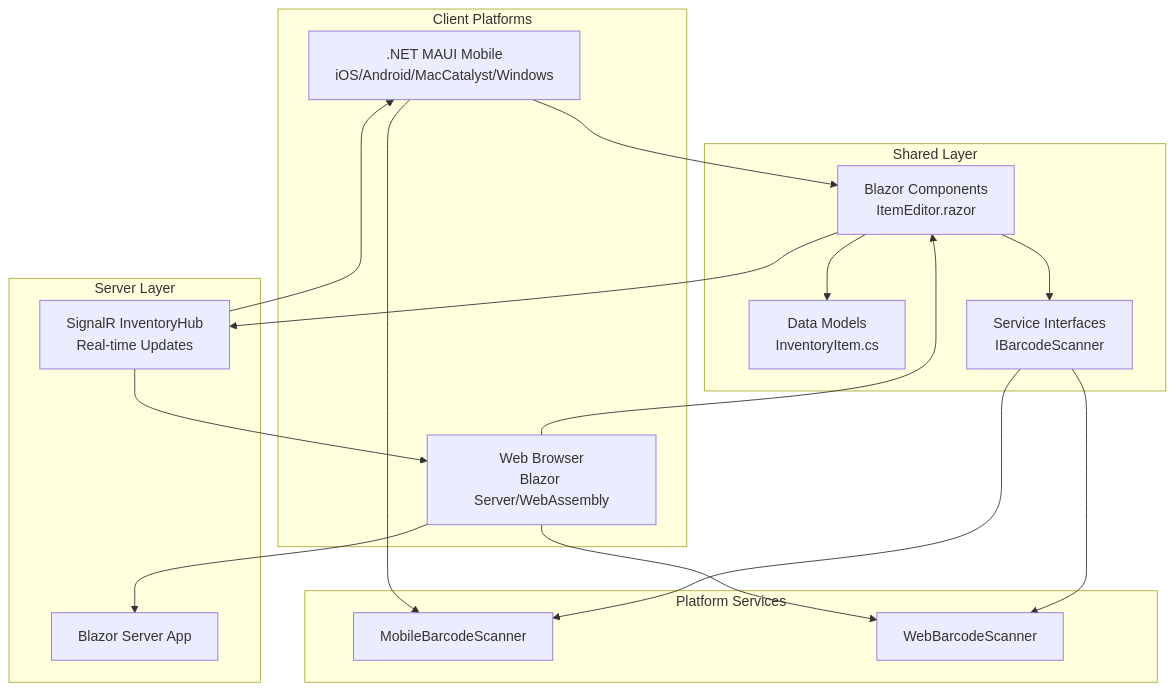
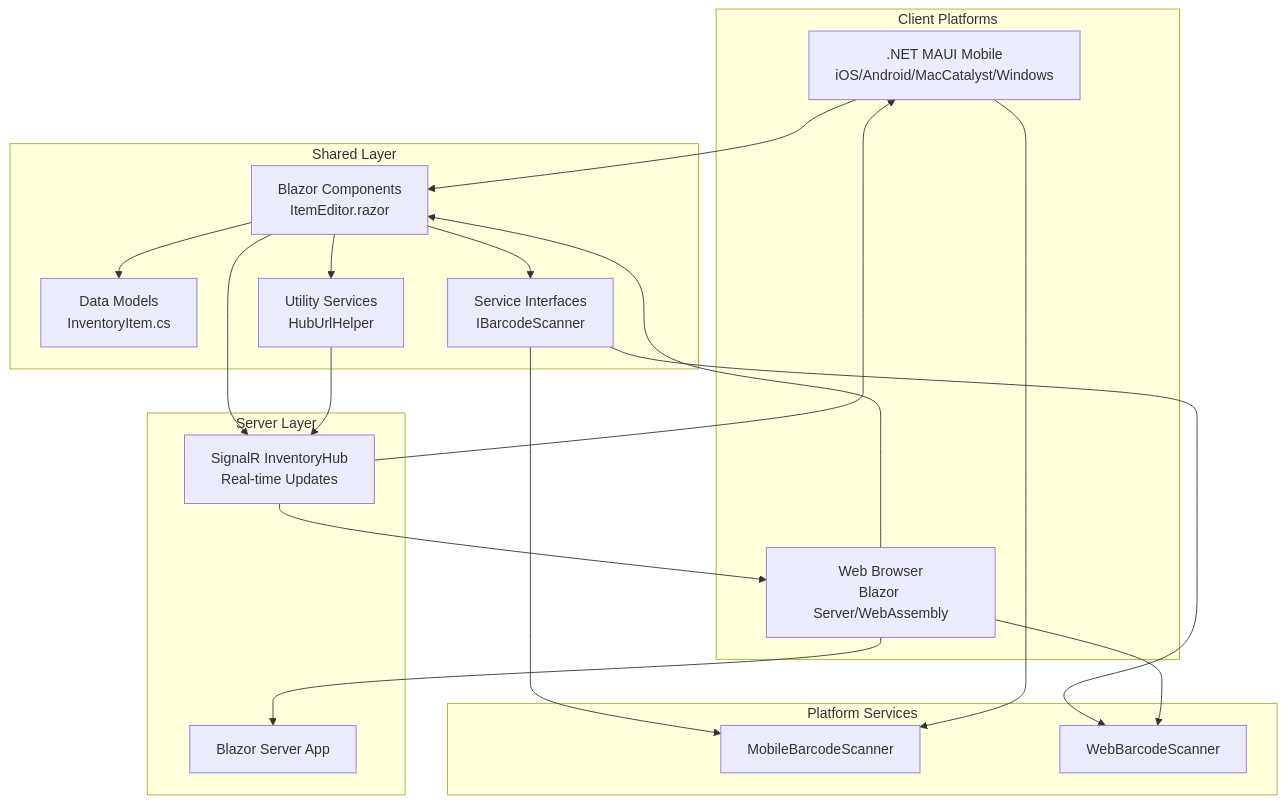
The diagram in README.md (MaiQD/smartwarehouse), drawn with Mermaid before and after one commit. The commit also changed other lines of this file and 4 other files, not shown here.

````diff
--- a/README.md
+++ b/README.md
@@ -62,36 +71,39 @@
 ```mermaid
 graph TB
     subgraph Clients["Client Platforms"]
         Mobile[".NET MAUI Mobile<br/>iOS/Android/MacCatalyst/Windows"]
         Web["Web Browser<br/>Blazor Server/WebAssembly"]
     end
     
     subgraph Shared["Shared Layer"]
         Components["Blazor Components<br/>ItemEditor.razor"]
         Models["Data Models<br/>InventoryItem.cs"]
         Interfaces["Service Interfaces<br/>IBarcodeScanner"]
+        Helpers["Utility Services<br/>HubUrlHelper"]
     end
     
     subgraph Services["Platform Services"]
         MobileScanner["MobileBarcodeScanner"]
         WebScanner["WebBarcodeScanner"]
     end
     
     subgraph Server["Server Layer"]
         Hub["SignalR InventoryHub<br/>Real-time Updates"]
         WebApp["Blazor Server App"]
     end
     
     Mobile --> Components
     Web --> Components
     Components --> Models
     Components --> Interfaces
+    Components --> Helpers
     Interfaces --> MobileScanner
     Interfaces --> WebScanner
     Mobile --> MobileScanner
     Web --> WebScanner
     Components --> Hub
+    Helpers --> Hub
     Hub --> Mobile
     Hub --> Web
     Web --> WebApp
 ```
````
